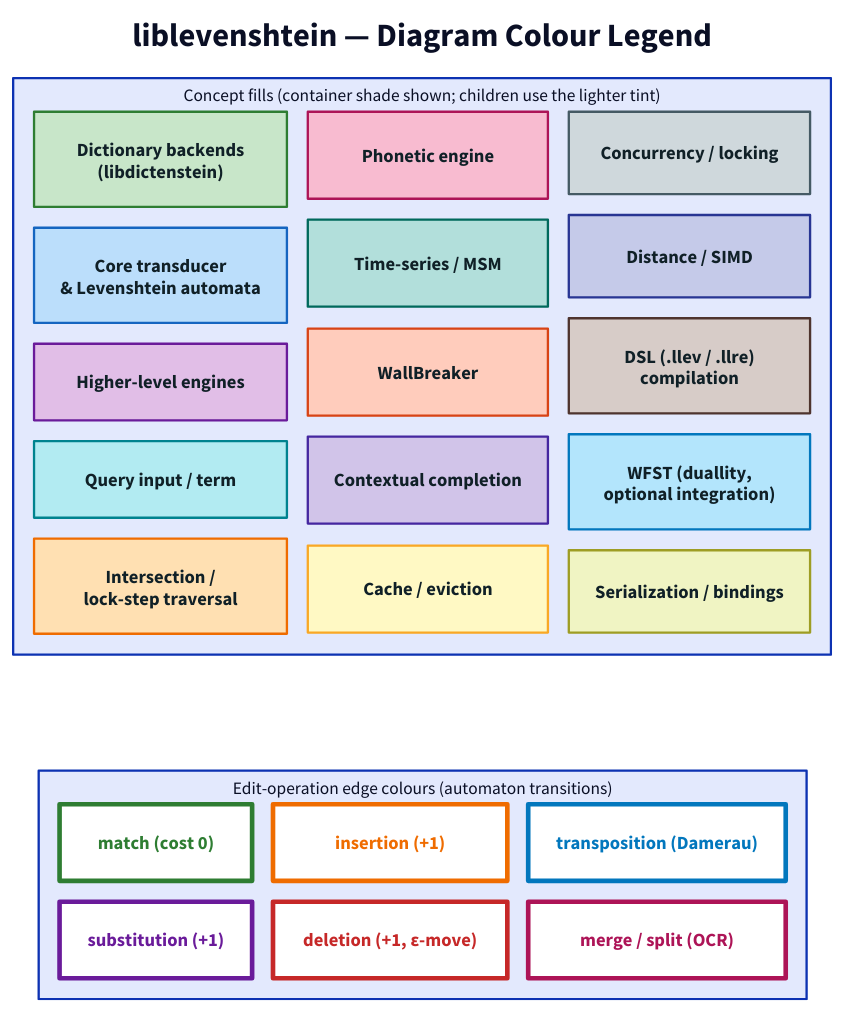
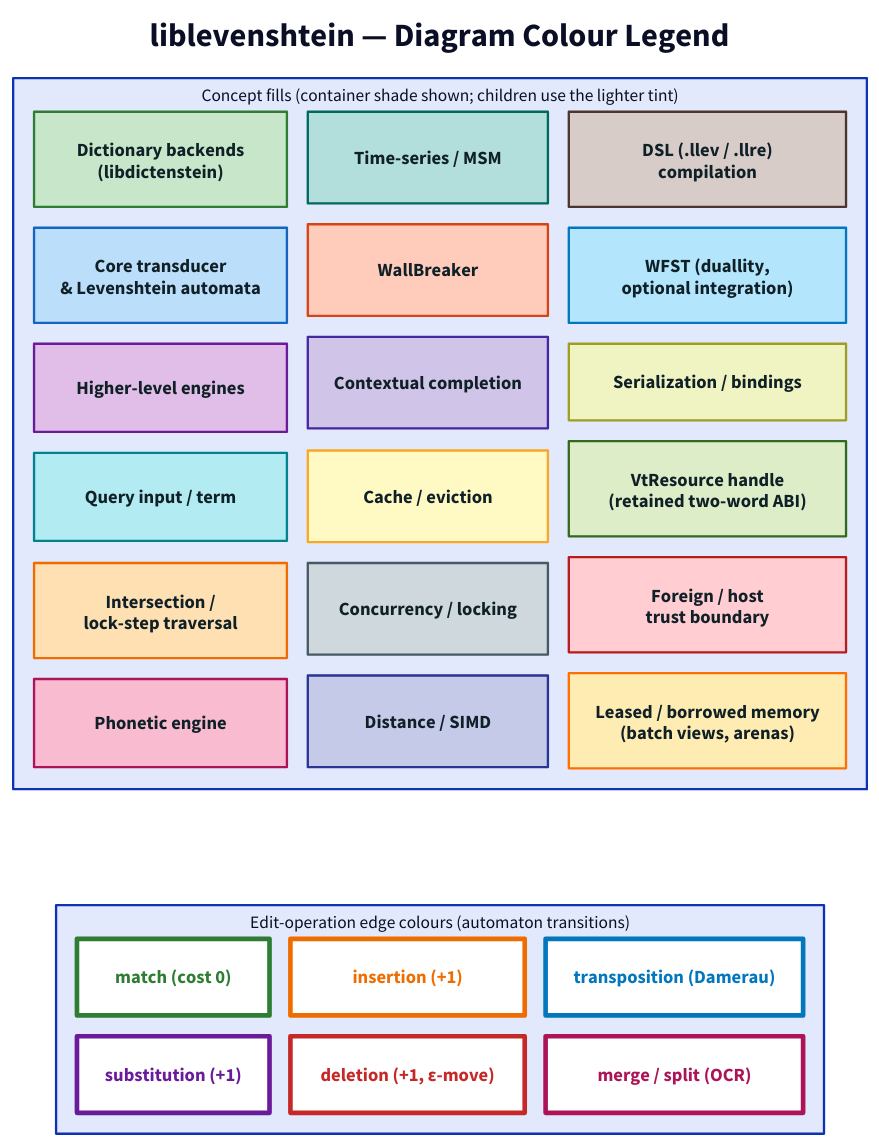
One commit to vinary-tree/liblevenshtein-rust changed the diagram in docs/diagrams/_legend/color-legend.d2. Above: the diagram before and after it, drawn with D2. The commit also changed 3 other files, not shown here.

First line of the commit message:
docs(bindings): seed the findings ledger and extend the diagram legend

```diff
--- a/docs/diagrams/_legend/color-legend.d2
+++ b/docs/diagrams/_legend/color-legend.d2
@@ -1,48 +1,51 @@
 # color-legend.d2 — the canonical per-concept colour legend for every
 # liblevenshtein diagram. Rendered to color-legend.svg; referenced by
 # docs/diagrams/README.md. Keep this in lock-step with the legend table there.
 direction: down
 
 title: "liblevenshtein — Diagram Colour Legend" {
   near: top-center
   shape: text
   style.font-size: 28
   style.bold: true
 }
 
 concepts: "Concept fills  (container shade shown; children use the lighter tint)" {
   grid-columns: 3
   grid-gap: 18
   style.font-size: 15
 
   dict:    "Dictionary backends\n(libdictenstein)"        { style.fill: "#C8E6C9"; style.stroke: "#2E7D32"; style.font-color: "#102027" }
   core:    "Core transducer\n& Levenshtein automata"      { style.fill: "#BBDEFB"; style.stroke: "#1565C0"; style.font-color: "#102027" }
   engines: "Higher-level engines"                         { style.fill: "#E1BEE7"; style.stroke: "#6A1B9A"; style.font-color: "#102027" }
   input:   "Query input / term"                           { style.fill: "#B2EBF2"; style.stroke: "#00838F"; style.font-color: "#102027" }
   inter:   "Intersection /\nlock-step traversal"          { style.fill: "#FFE0B2"; style.stroke: "#EF6C00"; style.font-color: "#102027" }
   phon:    "Phonetic engine"                              { style.fill: "#F8BBD0"; style.stroke: "#AD1457"; style.font-color: "#102027" }
   msm:     "Time-series / MSM"                            { style.fill: "#B2DFDB"; style.stroke: "#00695C"; style.font-color: "#102027" }
   wall:    "WallBreaker"                                  { style.fill: "#FFCCBC"; style.stroke: "#D84315"; style.font-color: "#102027" }
   ctx:     "Contextual completion"                        { style.fill: "#D1C4E9"; style.stroke: "#4527A0"; style.font-color: "#102027" }
   cache:   "Cache / eviction"                             { style.fill: "#FFF9C4"; style.stroke: "#F9A825"; style.font-color: "#102027" }
   conc:    "Concurrency / locking"                        { style.fill: "#CFD8DC"; style.stroke: "#455A64"; style.font-color: "#102027" }
   dist:    "Distance / SIMD"                              { style.fill: "#C5CAE9"; style.stroke: "#283593"; style.font-color: "#102027" }
   dsl:     "DSL (.llev / .llre)\ncompilation"             { style.fill: "#D7CCC8"; style.stroke: "#4E342E"; style.font-color: "#102027" }
   wfst:    "WFST (duallity,\noptional integration)"       { style.fill: "#B3E5FC"; style.stroke: "#0277BD"; style.font-color: "#102027" }
   serde:   "Serialization / bindings"                     { style.fill: "#F0F4C3"; style.stroke: "#9E9D24"; style.font-color: "#102027" }
+  vtres:   "VtResource handle\n(retained two-word ABI)"   { style.fill: "#DCEDC8"; style.stroke: "#33691E"; style.font-color: "#102027" }
+  trust:   "Foreign / host\ntrust boundary"               { style.fill: "#FFCDD2"; style.stroke: "#B71C1C"; style.font-color: "#102027" }
+  lease:   "Leased / borrowed memory\n(batch views, arenas)" { style.fill: "#FFECB3"; style.stroke: "#FF6F00"; style.font-color: "#102027" }
 }
 
 edits: "Edit-operation edge colours  (automaton transitions)" {
   grid-columns: 3
   grid-gap: 18
   style.font-size: 15
 
   a: "match  (cost 0)"          { style.fill: "#FFFFFF"; style.stroke: "#2E7D32"; style.stroke-width: 4; style.font-color: "#2E7D32" }
   b: "substitution  (+1)"       { style.fill: "#FFFFFF"; style.stroke: "#6A1B9A"; style.stroke-width: 4; style.font-color: "#6A1B9A" }
   c: "insertion  (+1)"          { style.fill: "#FFFFFF"; style.stroke: "#EF6C00"; style.stroke-width: 4; style.font-color: "#EF6C00" }
   d: "deletion  (+1, ε-move)"   { style.fill: "#FFFFFF"; style.stroke: "#C62828"; style.stroke-width: 4; style.font-color: "#C62828" }
   e: "transposition  (Damerau)" { style.fill: "#FFFFFF"; style.stroke: "#0277BD"; style.stroke-width: 4; style.font-color: "#0277BD" }
   f: "merge / split  (OCR)"     { style.fill: "#FFFFFF"; style.stroke: "#AD1457"; style.stroke-width: 4; style.font-color: "#AD1457" }
 }
 
 concepts -> edits: { style.opacity: 0 }
```
